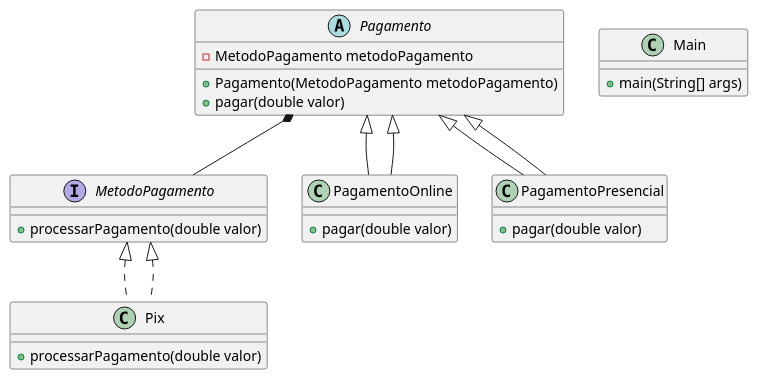
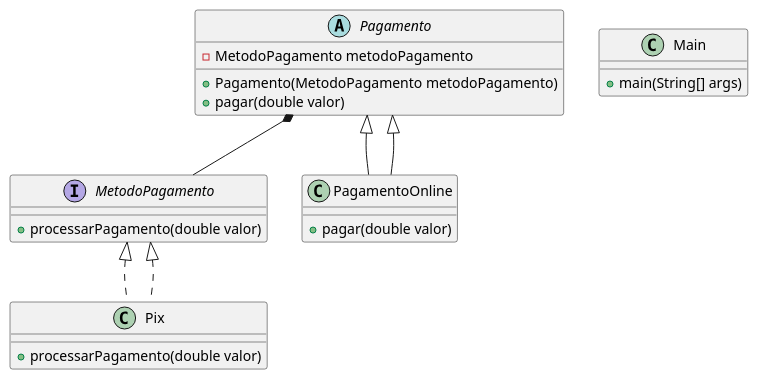
The diagram in readme.md (20242-ifba-saj-ads-ppr/seminario-ppr-estrutural-bridge-prototype), drawn with PlantUML before and after one commit.

````diff
--- a/readme.md
+++ b/readme.md
@@ -7,34 +7,29 @@
 ```plantuml
 @startuml
 interface MetodoPagamento {
     +processarPagamento(double valor)
 }
 
 abstract class Pagamento {
     - MetodoPagamento metodoPagamento
     + Pagamento(MetodoPagamento metodoPagamento)
     + pagar(double valor)
 }
 
 class PagamentoOnline extends Pagamento {
     + pagar(double valor)
 }
 
-class PagamentoPresencial extends Pagamento {
-    + pagar(double valor)
-}
-
 class Pix implements MetodoPagamento {
     + processarPagamento(double valor)
 }
 
 class Main {
     + main(String[] args)
 }
 
 Pagamento <|-- PagamentoOnline
-Pagamento <|-- PagamentoPresencial
 MetodoPagamento <|.. Pix
 Pagamento *-- MetodoPagamento
 @enduml
 ```
````
